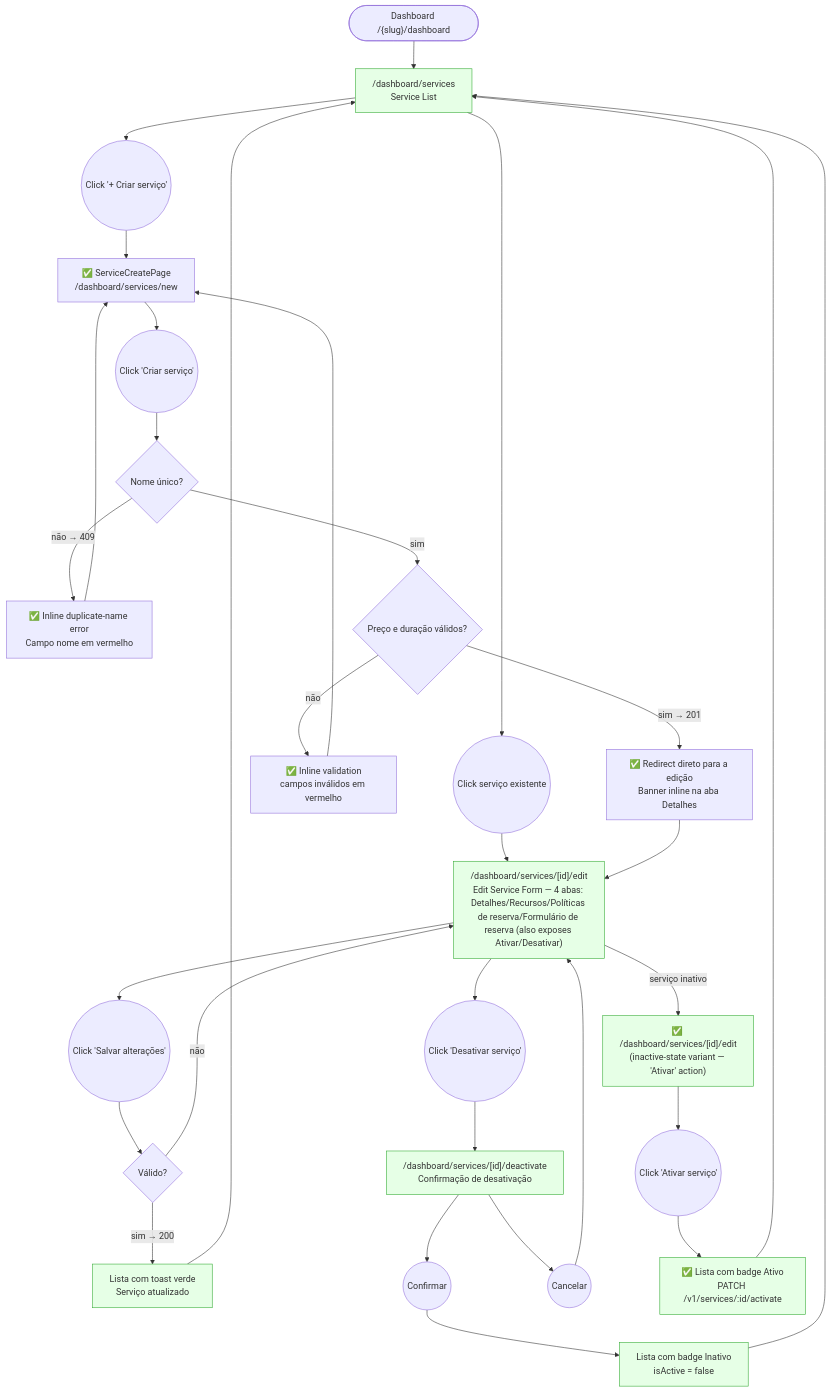
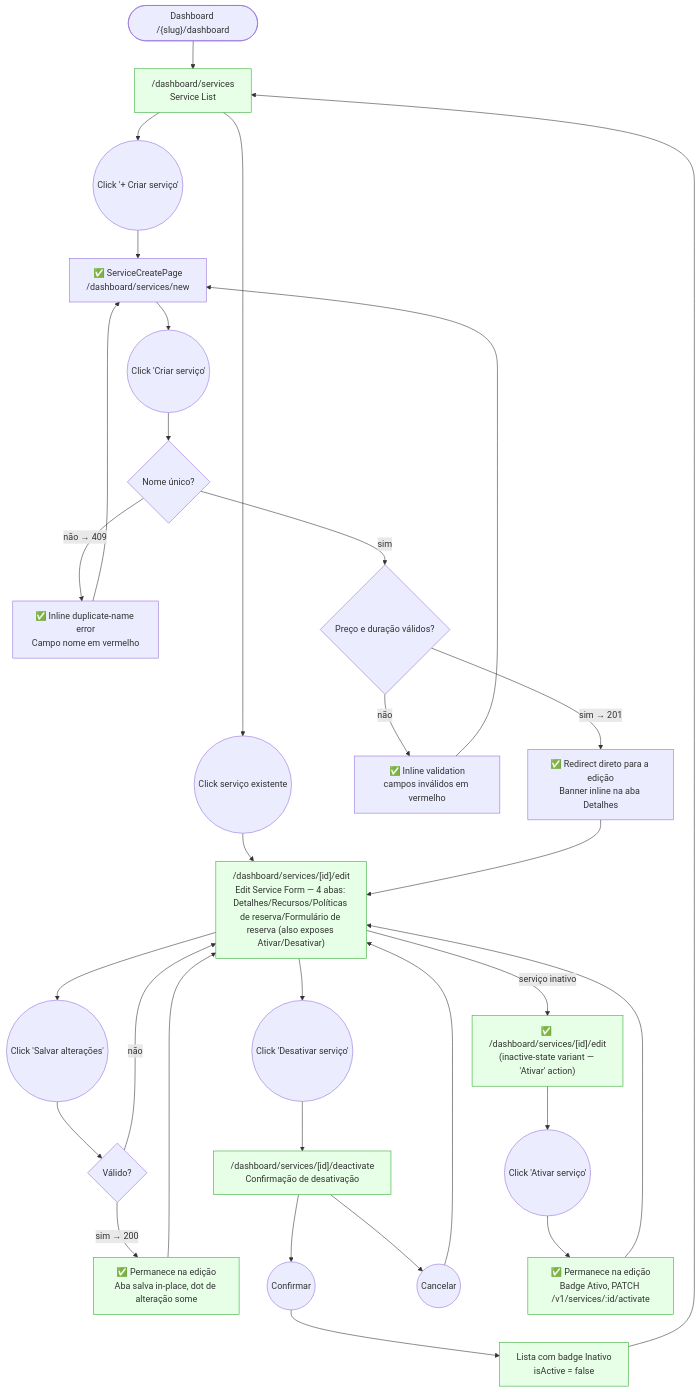
One commit to lmmoreira/ikaro changed the diagram in plan/journey/staff/servicos.md. Above: the diagram before and after it, drawn with Mermaid. The commit also changed other lines of this file and 117 other files, not shown here.

````diff
--- a/plan/journey/staff/servicos.md
+++ b/plan/journey/staff/servicos.md
@@ -10,47 +10,47 @@
 ```mermaid
 flowchart TD
     classDef existing fill:#e6ffe6,stroke:#3a3
     classDef gap stroke:#f00,stroke-dasharray: 5 5,fill:#fee
 
     Start(["Dashboard /{slug}/dashboard"]) --> List["/dashboard/services<br/>Service List"]
 
     List --> CreateBtn(("Click '+ Criar serviço'"))
     List --> EditClick(("Click serviço existente"))
 
     %% UC-012 — Create
     CreateBtn --> CreateForm["✅ ServiceCreatePage<br/>/dashboard/services/new"]
     CreateForm --> CreateSubmit(("Click 'Criar serviço'"))
     CreateSubmit --> NameCheck{"Nome único?"}
     NameCheck -- "não → 409" --> NameError["✅ Inline duplicate-name error<br/>Campo nome em vermelho"]
     NameError --> CreateForm
     NameCheck -- "sim" --> PriceCheck{"Preço e duração válidos?"}
     PriceCheck -- "não" --> ValError["✅ Inline validation<br/>campos inválidos em vermelho"]
     ValError --> CreateForm
     PriceCheck -- "sim → 201" --> CreateSuccess["✅ Redirect direto para a edição<br/>Banner inline na aba Detalhes"]
 
     %% UC-013 — Edit
     EditClick --> EditForm["/dashboard/services/[id]/edit<br/>Edit Service Form — 4 abas: Detalhes/Recursos/Políticas de reserva/Formulário de reserva (also exposes Ativar/Desativar)"]
     EditForm --> EditSubmit(("Click 'Salvar alterações'"))
     EditSubmit --> EditCheck{"Válido?"}
     EditCheck -- "não" --> EditForm
-    EditCheck -- "sim → 200" --> EditSuccess["Lista com toast verde<br/>Serviço atualizado"]
+    EditCheck -- "sim → 200" --> EditSuccess["✅ Permanece na edição<br/>Aba salva in-place, dot de alteração some"]
 
     EditForm --> DeactivateBtn(("Click 'Desativar serviço'"))
     DeactivateBtn --> DeactivateConfirm["/dashboard/services/[id]/deactivate<br/>Confirmação de desativação"]
     DeactivateConfirm --> ConfirmYes(("Confirmar"))
     DeactivateConfirm --> ConfirmNo(("Cancelar"))
     ConfirmYes --> DeactivateSuccess["Lista com badge Inativo<br/>isActive = false"]
     ConfirmNo --> EditForm
 
     %% UC-013 A4 — Reactivate (inactive service)
     EditForm -- "serviço inativo" --> InactiveEdit["✅ /dashboard/services/[id]/edit<br/>(inactive-state variant — 'Ativar' action)"]
     InactiveEdit --> ActivateBtn(("Click 'Ativar serviço'"))
-    ActivateBtn --> ActivateSuccess["✅ Lista com badge Ativo<br/>PATCH /v1/services/:id/activate"]
+    ActivateBtn --> ActivateSuccess["✅ Permanece na edição<br/>Badge Ativo, PATCH /v1/services/:id/activate"]
 
     CreateSuccess --> EditForm
-    EditSuccess --> List
+    EditSuccess --> EditForm
     DeactivateSuccess --> List
-    ActivateSuccess --> List
+    ActivateSuccess --> EditForm
 
     class List,EditForm,DeactivateConfirm,EditSuccess,DeactivateSuccess,InactiveEdit,ActivateSuccess existing
 ```
````
